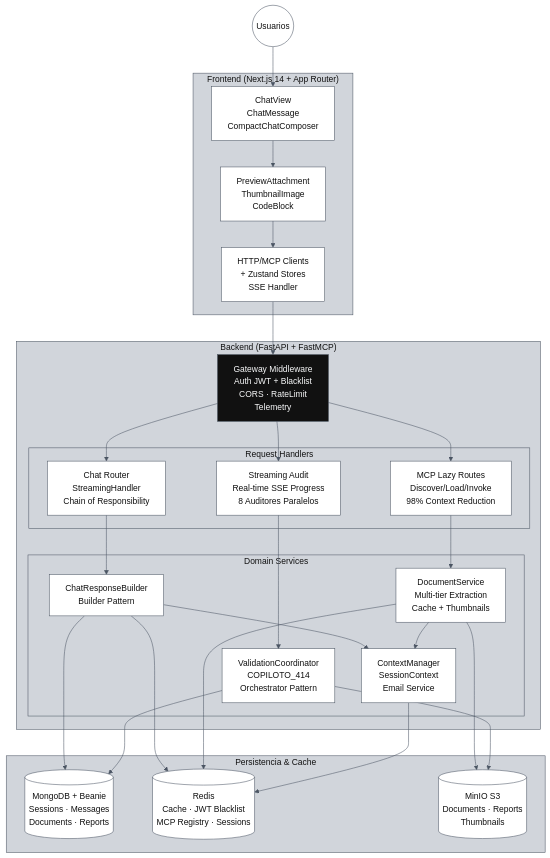
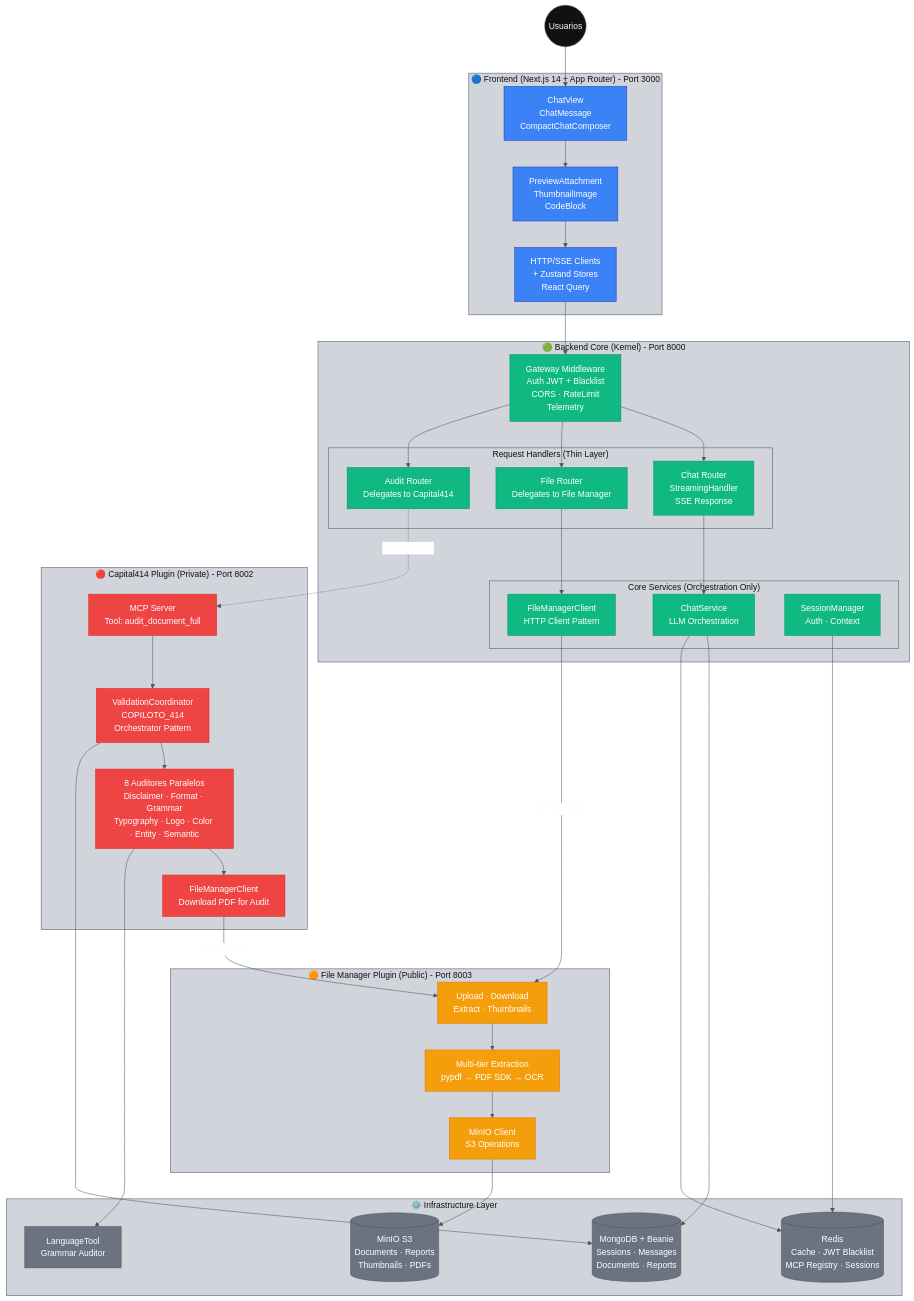
One commit to saptiva-ai/octavios-chat changed the third of 11 diagrams in README.md. Above: the diagram before and after it, drawn with Mermaid. The commit also changed other lines of this file, not shown here.

First line of the commit message:
docs(README): complete Plugin-First architecture update (PHASE 2-3)

````diff
--- a/README.md
+++ b/README.md
@@ -255,61 +295,81 @@
 ```mermaid
 %%{init: {'theme': 'base', 'themeVariables': {'primaryColor': '#111111','primaryBorderColor': '#4b5563','primaryTextColor': '#f9fafb','lineColor': '#4b5563','secondaryColor': '#ffffff','secondaryBorderColor': '#4b5563','secondaryTextColor': '#111111','tertiaryColor': '#d1d5db','tertiaryBorderColor': '#4b5563','tertiaryTextColor': '#111111'}}}%%
 flowchart TB
     user((Usuarios)):::light --> web_ui
 
-    subgraph Frontend["Frontend (Next.js 14 + App Router)"]
-        web_ui["ChatView<br/>ChatMessage<br/>CompactChatComposer"]:::light
-        web_components["PreviewAttachment<br/>ThumbnailImage<br/>CodeBlock"]:::light
-        web_clients["HTTP/MCP Clients<br/>+ Zustand Stores<br/>SSE Handler"]:::light
+    subgraph Frontend["🔵 Frontend (Next.js 14 + App Router) - Port 3000"]
+        web_ui["ChatView<br/>ChatMessage<br/>CompactChatComposer"]:::frontend
+        web_components["PreviewAttachment<br/>ThumbnailImage<br/>CodeBlock"]:::frontend
+        web_clients["HTTP/SSE Clients<br/>+ Zustand Stores<br/>React Query"]:::frontend
     end
 
     web_ui --> web_components
     web_components --> web_clients
     web_clients --> gateway
 
-    subgraph API["Backend (FastAPI + FastMCP)"]
-        gateway["Gateway Middleware<br/>Auth JWT + Blacklist<br/>CORS · RateLimit<br/>Telemetry"]:::dark
+    subgraph Core["🟢 Backend Core (Kernel) - Port 8000"]
+        gateway["Gateway Middleware<br/>Auth JWT + Blacklist<br/>CORS · RateLimit<br/>Telemetry"]:::core
 
-        subgraph Handlers["Request Handlers"]
-            chat_chain["Chat Router<br/>StreamingHandler<br/>Chain of Responsibility"]:::light
-            mcp_lazy["MCP Lazy Routes<br/>Discover/Load/Invoke<br/>98% Context Reduction"]:::light
-            audit_stream["Streaming Audit<br/>Real-time SSE Progress<br/>8 Auditores Paralelos"]:::light
+        subgraph Handlers["Request Handlers (Thin Layer)"]
+            chat_router["Chat Router<br/>StreamingHandler<br/>SSE Response"]:::core
+            file_router["File Router<br/>Delegates to File Manager"]:::core
+            audit_router["Audit Router<br/>Delegates to Capital414"]:::core
         end
 
-        subgraph Services["Domain Services"]
-            response_builder["ChatResponseBuilder<br/>Builder Pattern"]:::light
-            doc_service["DocumentService<br/>Multi-tier Extraction<br/>Cache + Thumbnails"]:::light
-            validation_coord["ValidationCoordinator<br/>COPILOTO_414<br/>Orchestrator Pattern"]:::light
-            context_mgr["ContextManager<br/>SessionContext<br/>Email Service"]:::light
+        subgraph CoreServices["Core Services (Orchestration Only)"]
+            chat_service["ChatService<br/>LLM Orchestration"]:::core
+            fm_client["FileManagerClient<br/>HTTP Client Pattern"]:::core
+            session_mgr["SessionManager<br/>Auth · Context"]:::core
         end
     end
 
-    gateway --> chat_chain
-    gateway --> mcp_lazy
-    gateway --> audit_stream
+    gateway --> chat_router
+    gateway --> file_router
+    gateway --> audit_router
 
-    chat_chain --> response_builder
-    mcp_lazy --> doc_service
-    audit_stream --> validation_coord
+    chat_router --> chat_service
+    file_router --> fm_client
+    audit_router -.->|"MCP Protocol"| capital414_service
 
-    response_builder --> context_mgr
-    doc_service --> context_mgr
-
-    subgraph Data["Persistencia & Cache"]
-        mongo[(MongoDB + Beanie<br/>Sessions · Messages<br/>Documents · Reports)]:::light
-        redis[(Redis<br/>Cache · JWT Blacklist<br/>MCP Registry · Sessions)]:::light
-        minio[(MinIO S3<br/>Documents · Reports<br/>Thumbnails)]:::light
+    subgraph FileManager["🟠 File Manager Plugin (Public) - Port 8003"]
+        fm_routes["Upload · Download<br/>Extract · Thumbnails"]:::plugin_public
+        fm_extraction["Multi-tier Extraction<br/>pypdf → PDF SDK → OCR"]:::plugin_public
+        fm_minio["MinIO Client<br/>S3 Operations"]:::plugin_public
     end
 
-    response_builder --> mongo
-    response_builder --> redis
-    doc_service --> minio
-    doc_service --> redis
+    fm_client -->|"HTTP Client"| fm_routes
+    fm_routes --> fm_extraction
+    fm_extraction --> fm_minio
+
+    subgraph Capital414["🔴 Capital414 Plugin (Private) - Port 8002"]
+        capital414_service["MCP Server<br/>Tool: audit_document_full"]:::plugin_private
+        validation_coord["ValidationCoordinator<br/>COPILOTO_414<br/>Orchestrator Pattern"]:::plugin_private
+        auditores["8 Auditores Paralelos<br/>Disclaimer · Format · Grammar<br/>Typography · Logo · Color · Entity · Semantic"]:::plugin_private
+        c414_fm_client["FileManagerClient<br/>Download PDF for Audit"]:::plugin_private
+    end
+
+    capital414_service --> validation_coord
+    validation_coord --> auditores
+    auditores --> c414_fm_client
+    c414_fm_client -->|"HTTP Client"| fm_routes
+
+    subgraph Infrastructure["⚙️ Infrastructure Layer"]
+        mongo[(MongoDB + Beanie<br/>Sessions · Messages<br/>Documents · Reports)]:::infra
+        redis[(Redis<br/>Cache · JWT Blacklist<br/>MCP Registry · Sessions)]:::infra
+        minio[(MinIO S3<br/>Documents · Reports<br/>Thumbnails · PDFs)]:::infra
+        languagetool["LanguageTool<br/>Grammar Auditor"]:::infra
+    end
+
+    chat_service --> mongo
+    chat_service --> redis
+    session_mgr --> redis
+    fm_minio --> minio
     validation_coord --> mongo
-    validation_coord --> minio
-    context_mgr --> redis
+    auditores --> languagetool
 
-    classDef dark fill:#111111,stroke:#4b5563,color:#f9fafb;
-    classDef light fill:#ffffff,stroke:#4b5563,color:#111111;
-    classDef gray fill:#e5e7eb,stroke:#4b5563,color:#111111;
+    classDef frontend fill:#3b82f6,stroke:#1e40af,color:#ffffff;
+    classDef core fill:#10b981,stroke:#059669,color:#ffffff;
+    classDef plugin_public fill:#f59e0b,stroke:#d97706,color:#ffffff;
+    classDef plugin_private fill:#ef4444,stroke:#dc2626,color:#ffffff;
+    classDef infra fill:#6b7280,stroke:#4b5563,color:#ffffff;
 ```
````
